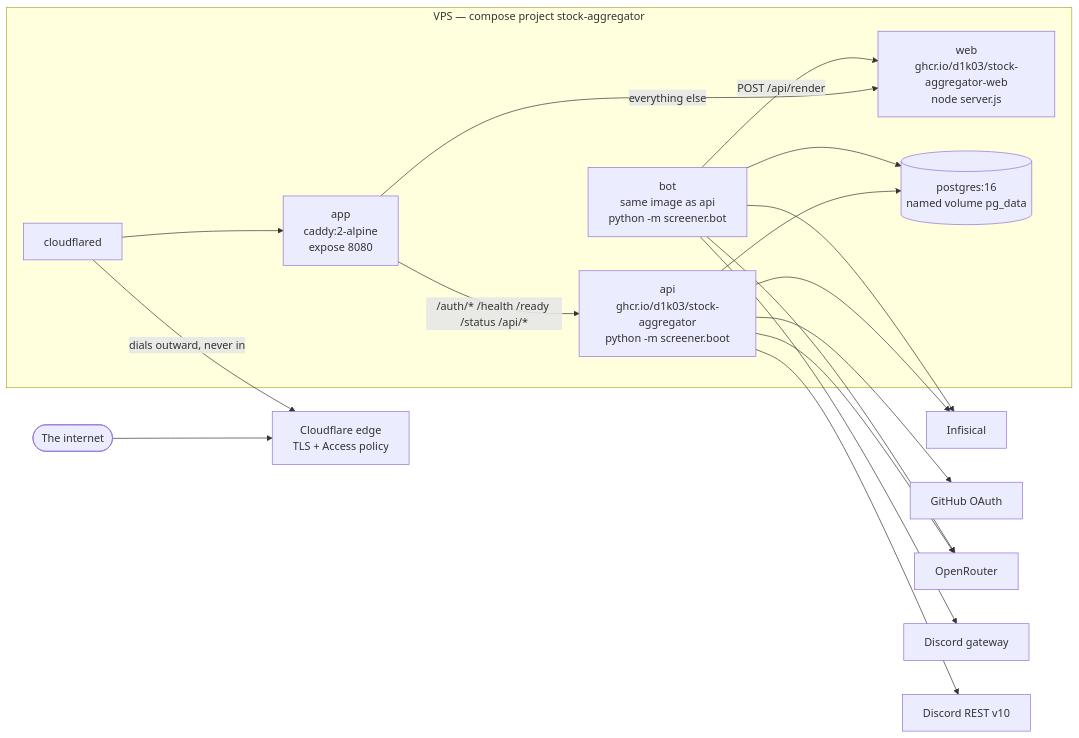
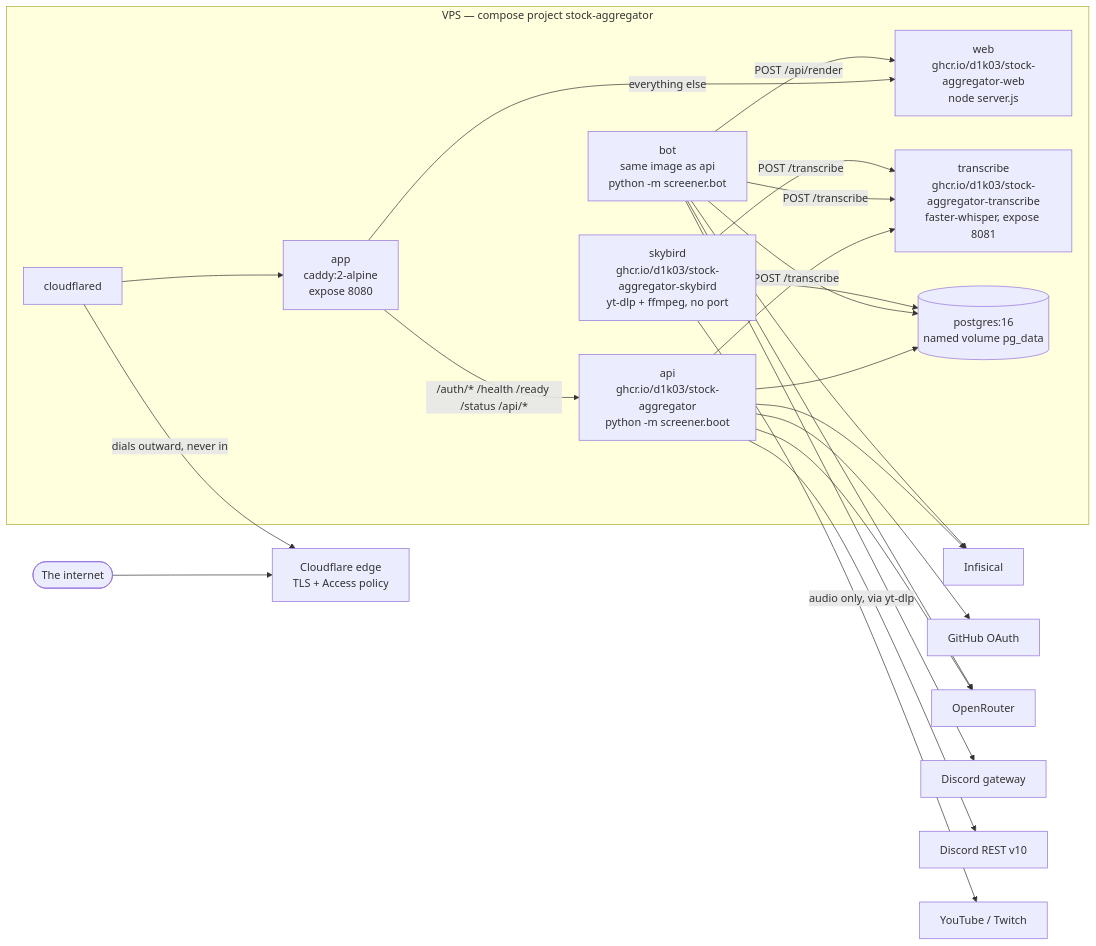
One commit to D1K03/stock-aggregator changed the first of 14 diagrams in docs/architecture.md. Above: the diagram before and after it, drawn with Mermaid. The commit also changed other lines of this file and 48 other files, not shown here.

````diff
--- a/docs/architecture.md
+++ b/docs/architecture.md
@@ -29,36 +33,44 @@
 ```mermaid
 flowchart LR
     internet(["The internet"])
     edge["Cloudflare edge<br/>TLS + Access policy"]
 
     subgraph vps["VPS — compose project stock-aggregator"]
         cfd["cloudflared"]
         app["app<br/>caddy:2-alpine<br/>expose 8080"]
         api["api<br/>ghcr.io/d1k03/stock-aggregator<br/>python -m screener.boot"]
         web["web<br/>ghcr.io/d1k03/stock-aggregator-web<br/>node server.js"]
         bot["bot<br/>same image as api<br/>python -m screener.bot"]
+        tr["transcribe<br/>ghcr.io/d1k03/stock-aggregator-transcribe<br/>faster-whisper, expose 8081"]
+        sky["skybird<br/>ghcr.io/d1k03/stock-aggregator-skybird<br/>yt-dlp + ffmpeg, no port"]
         pg[("postgres:16<br/>named volume pg_data")]
     end
 
     infisical["Infisical"]
     ghoauth["GitHub OAuth"]
     router["OpenRouter"]
     dgw["Discord gateway"]
     drest["Discord REST v10"]
+    streams["YouTube / Twitch"]
 
     internet --> edge
     cfd -->|"dials outward, never in"| edge
     cfd --> app
     app -->|"/auth/* /health /ready /status /api/*"| api
     app -->|"everything else"| web
     bot -->|"POST /api/render"| web
+    api -->|"POST /transcribe"| tr
+    bot -->|"POST /transcribe"| tr
+    sky -->|"POST /transcribe"| tr
+    sky -->|"audio only, via yt-dlp"| streams
     api --> pg
     bot --> pg
+    sky --> pg
     api --> infisical
     api --> ghoauth
     api --> router
     api --> drest
     bot --> infisical
     bot --> router
     bot --> dgw
 ```
````
